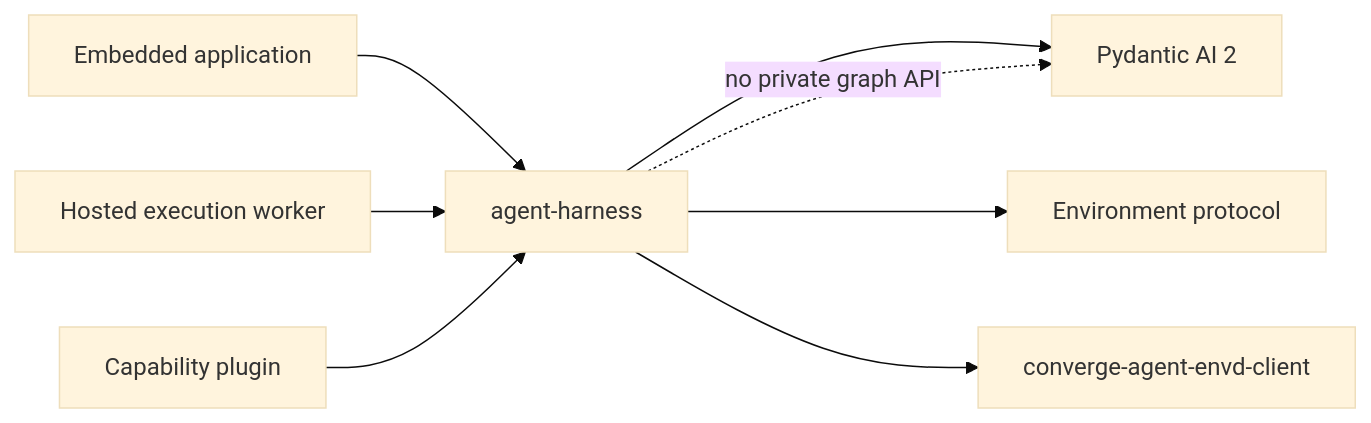
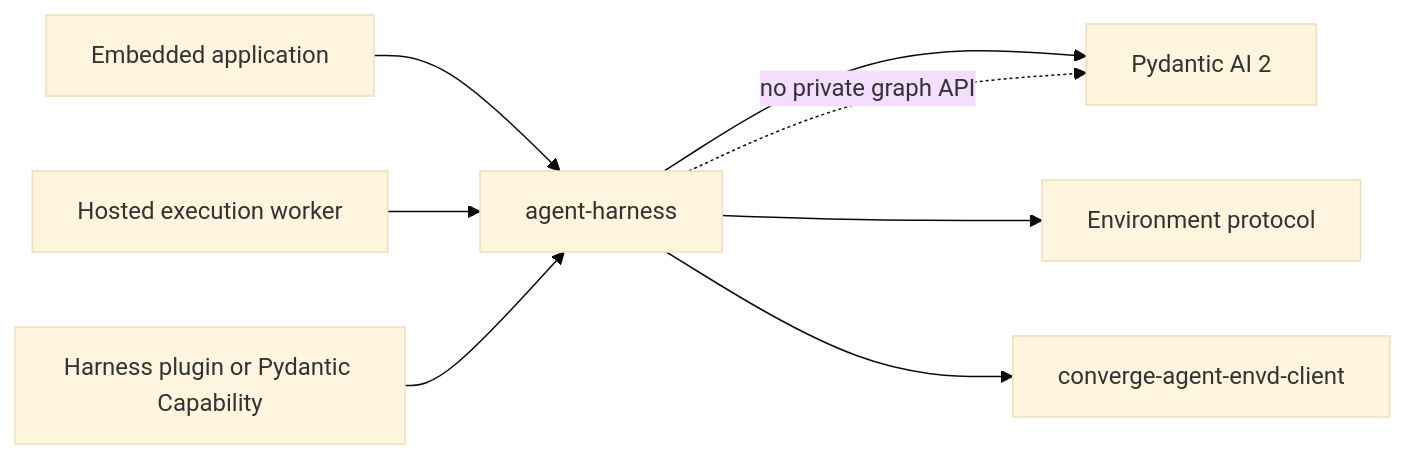
Before and after one commit to LTThreeComma/agent-foundation: the first of 2 diagrams in spec/agent-harness/14-public-api-and-packaging.md, drawn with Mermaid (base theme). The commit also changed other lines of this file and 21 other files, not shown here.

First line of the commit message:
feat(harness): define first-class plugin lifecycle

````diff
--- a/spec/agent-harness/14-public-api-and-packaging.md
+++ b/spec/agent-harness/14-public-api-and-packaging.md
@@ -9,10 +9,10 @@
 ```mermaid
 flowchart LR
     App[Embedded application] --> SDK[agent-harness]
     Hosted[Hosted execution worker] --> SDK
-    Plugin[Capability plugin] --> SDK
+    Plugin[Harness plugin or Pydantic Capability] --> SDK
     SDK --> PAI[Pydantic AI 2]
     SDK --> Env[Environment protocol]
     SDK --> EIPClient[converge-agent-envd-client]
     SDK -. no private graph API .-> PAI
 ```
````
